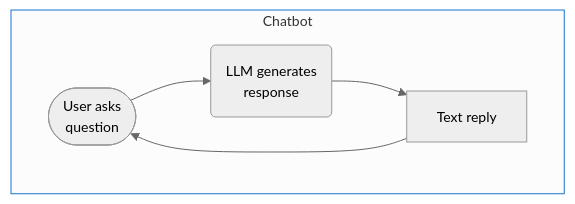
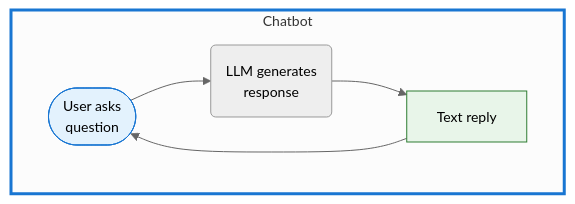
The second of 6 diagrams in tools.qmd (mjfrigaard/shiny-app-pkgs), drawn with Mermaid before and after one commit. The commit also changed other lines of this file and 20 other files, not shown here.

````diff
--- a/tools.qmd
+++ b/tools.qmd
@@ -254,16 +266,19 @@
 ```{mermaid}
 %%| fig-cap: 'Chatbots'
 %%| fig-align: center
 %%{init: {'theme': 'neutral', 'themeVariables': { 'fontFamily': 'monospace', "fontSize":"14px"}}}%%
 
 flowchart TD
     subgraph Chatbot[" Chatbot"]
         direction LR
         UserCB(["User asks<br>question"]) --> LlmCB("LLM generates<br>response")
         LlmCB --> ReplyCB[Text reply]
         ReplyCB --> UserCB
     end
 
-    style Chatbot stroke:#1976d2
+    style Chatbot stroke-width:3px,stroke:#1976d2
+    style UserCB fill:#e3f2fd,stroke:#1976d2,stroke-width:1px,color:#000
+    style ReplyCB fill:#e8f5e9,stroke:#2e7d32,stroke-width:1px,color:#000
+    
 
 ```
````
